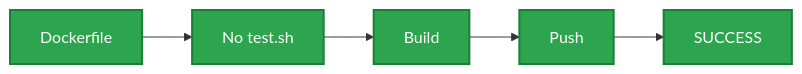
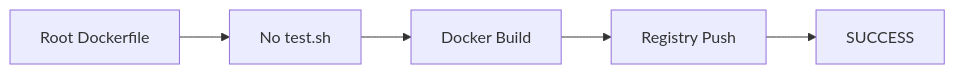
One commit to meghanareddy08/Txstate-DevOps-Assignment changed the fifth of 10 diagrams in docs/architecture.md. Above: the diagram before and after it, drawn with Mermaid. The commit also changed other lines of this file, not shown here.

First line of the commit message:
Enhance architecture documentation with execution model

````diff
--- a/docs/architecture.md
+++ b/docs/architecture.md
@@ -170,10 +277,7 @@
 ```mermaid
 flowchart LR
-    A[Dockerfile] --> B[No test.sh]
-    B --> C[Build]
-    C --> D[Push]
+    A[Root Dockerfile] --> B[No test.sh]
+    B --> C[Docker Build]
+    C --> D[Registry Push]
     D --> E[SUCCESS]
-
-    classDef success fill:#2da44e,color:#ffffff,stroke:#1a7f37,stroke-width:2px;
-    class A,B,C,D,E success;
 ```
````
